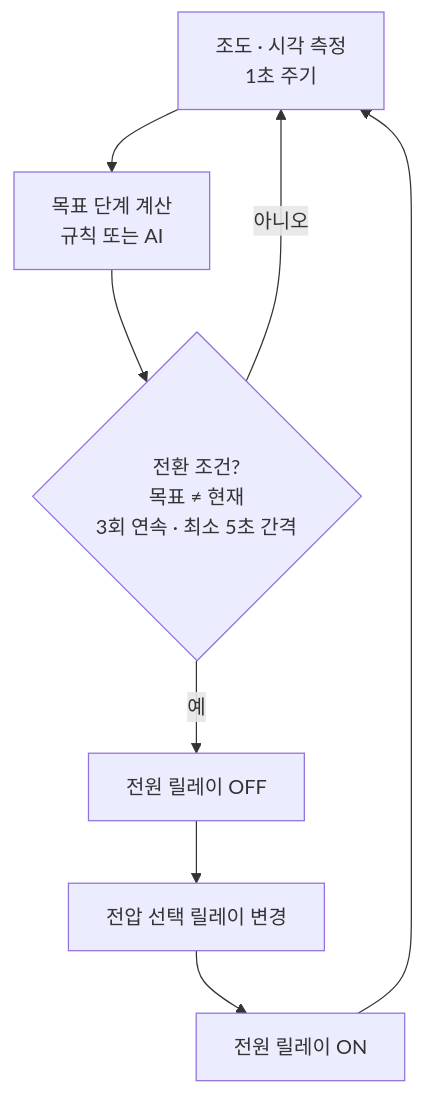
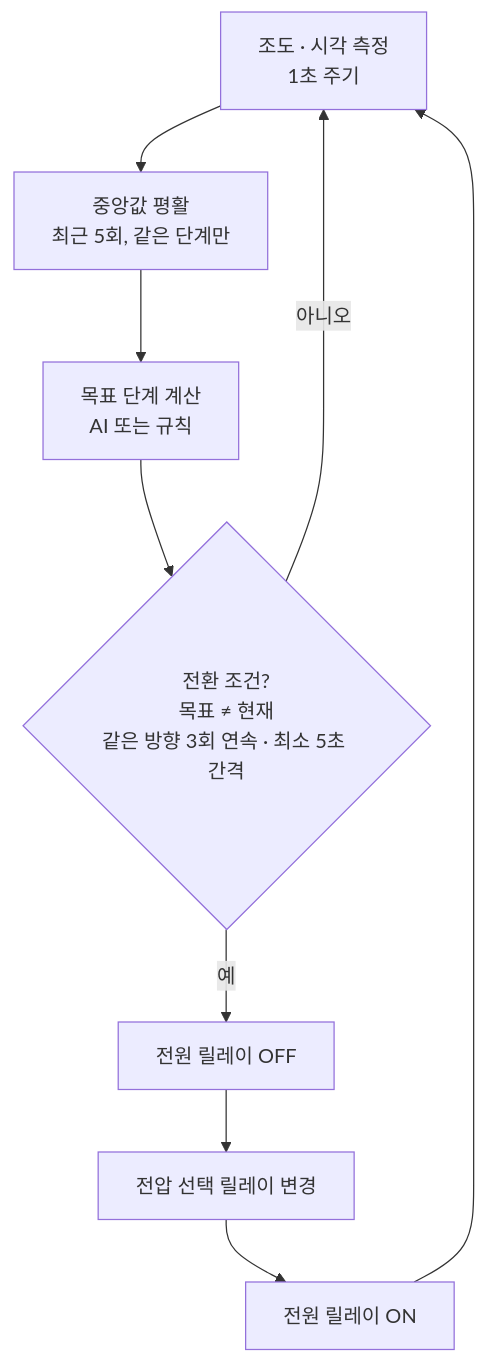
One commit to min-jx-x/microprocessor-capstone changed the third of 3 diagrams in README.md. Above: the diagram before and after it, drawn with Mermaid. The commit also changed other lines of this file and 19 other files, not shown here.

````diff
--- a/README.md
+++ b/README.md
@@ -96,10 +96,11 @@
 ```mermaid
 flowchart TD
-    A[조도 · 시각 측정<br/>1초 주기] --> B[목표 단계 계산<br/>규칙 또는 AI]
-    B --> C{전환 조건?<br/>목표 ≠ 현재<br/>3회 연속 · 최소 5초 간격}
+    A[조도 · 시각 측정<br/>1초 주기] --> F[중앙값 평활<br/>최근 5회, 같은 단계만]
+    F --> B[목표 단계 계산<br/>AI 또는 규칙]
+    B --> C{전환 조건?<br/>목표 ≠ 현재<br/>같은 방향 3회 연속 · 최소 5초 간격}
     C -- 아니오 --> A
     C -- 예 --> D[전원 릴레이 OFF]
     D --> E[전압 선택 릴레이 변경]
     E --> G[전원 릴레이 ON]
     G --> A
 ```
````
